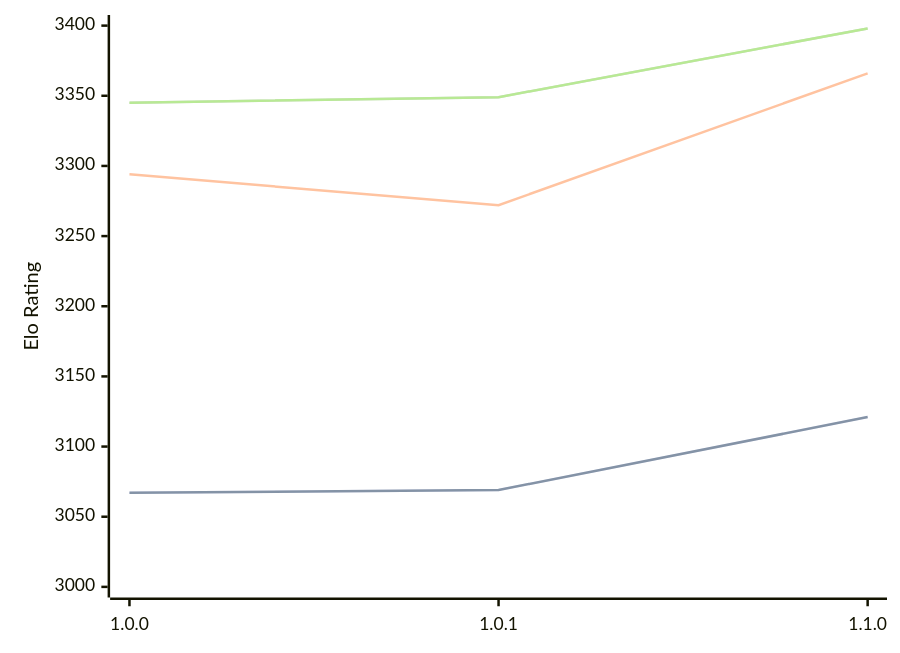
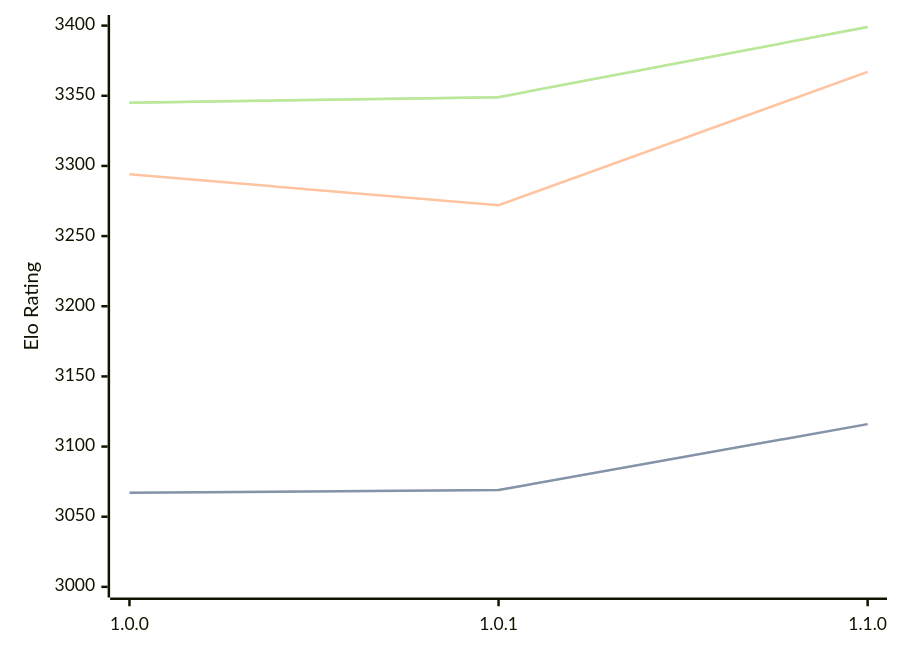
The diagram in engines/Ursus.md (computer-chess-index/cci), drawn with Mermaid before and after one commit. The commit also changed other lines of this file, not shown here.

Commit message:
Update CCI Ratings (ELO VLTC) - 2026-09-04

````diff
--- a/engines/Ursus.md
+++ b/engines/Ursus.md
@@ -33,11 +33,11 @@
 ```mermaid
 %%{init: {"theme":"base","themeVariables":{"seriesColors:['#a3a3a3','#222221','#faa371']}}}%%
 xychart-beta
   x-axis ["1.0.0", "1.0.1", "1.1.0"]
   y-axis "Elo Rating" 3000 --> 3400
-  line "" [3067, 3069, 3121]
-  line "STC (8.0+0.08s)" [3067, 3069, 3121]
-  line "LTC (60.0+0.60s)" [3294, 3272, 3366]
-  line "" [3345, 3349, 3398]
-  line "VLTC (2m24s+1.12s)" [3345, 3349, 3398]
+  line "" [3067, 3069, 3116]
+  line "STC (8.0+0.08s)" [3067, 3069, 3116]
+  line "LTC (60.0+0.60s)" [3294, 3272, 3367]
+  line "" [3345, 3349, 3399]
+  line "VLTC (2m24s+1.12s)" [3345, 3349, 3399]
 ```
````
